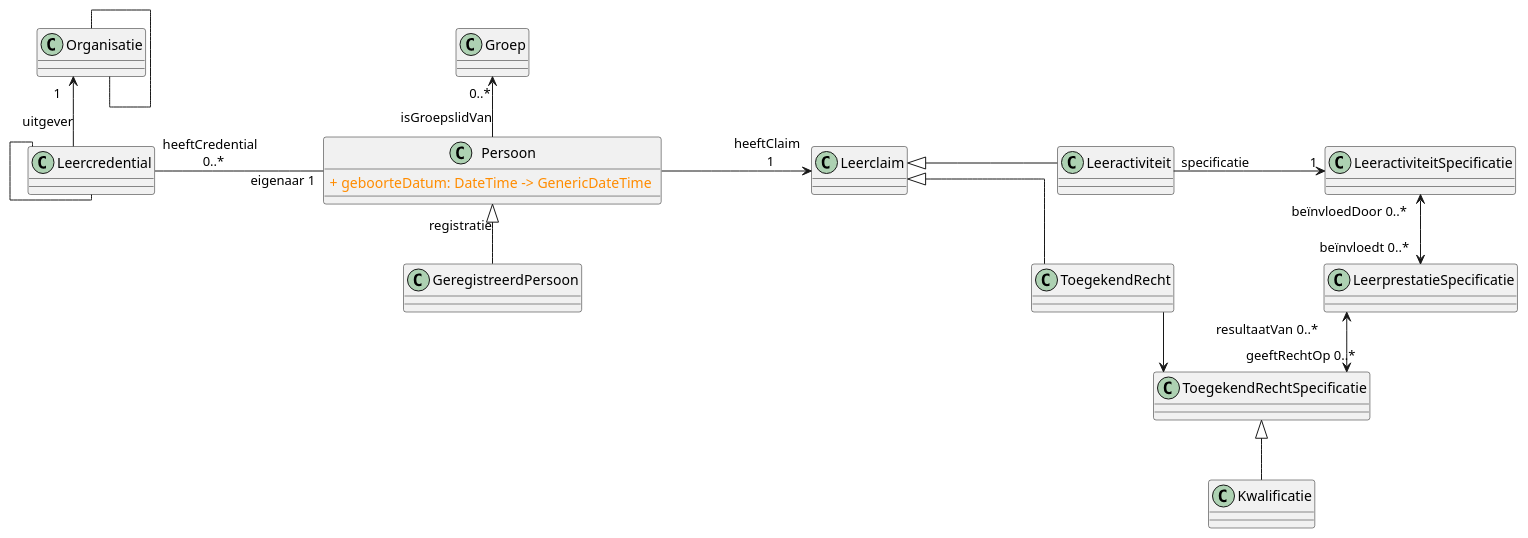
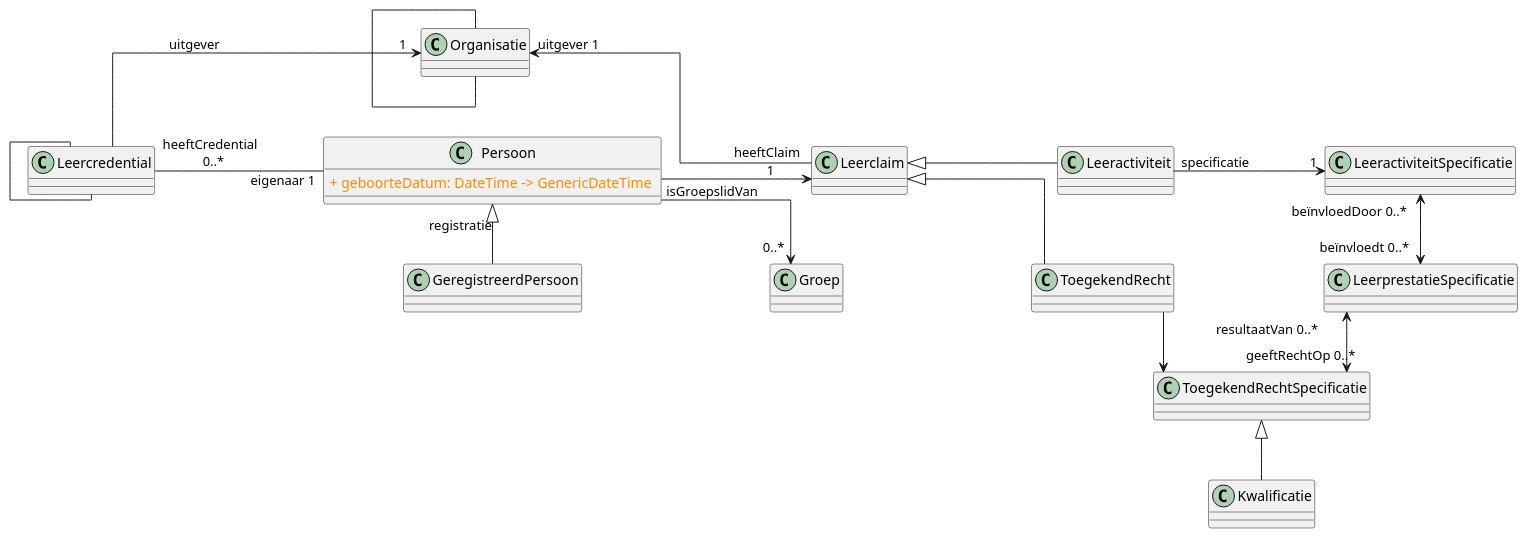
The diagram in resources/plantuml/changed_attributes.puml (Informatievlaanderen/OSLOthema-Leerinschrijfcredential), drawn with PlantUML before and after one commit. The commit also changed 11 other files, not shown here.

Commit message:
feat (general): Update plantuml diagrams

```diff
--- a/resources/plantuml/changed_attributes.puml
+++ b/resources/plantuml/changed_attributes.puml
@@ -2,50 +2,53 @@
 @startuml
 skinparam nodesep 150
 skinparam linetype ortho
 allowmixing
 
 class Persoon {
     <color:DarkOrange>+ geboorteDatum: DateTime -> GenericDateTime </color>
 }
 class Groep
 class Leercredential
 together{
     class Leeractiviteit
     class ToegekendRecht
 }
 class GeregistreerdPersoon
 class Organisatie
 class Leerclaim
 class LeeractiviteitSpecificatie
 class LeerprestatieSpecificatie
 class ToegekendRechtSpecificatie
 class Kwalificatie
 
 
 node a
 hide a
 
+Leerclaim  -[hidden]- Groep
+Organisatie "uitgever 1" <-- Leerclaim
+
 Persoon <|-- GeregistreerdPersoon: " registratie"
 Groep "0..*" <-- Persoon: "isGroepslidVan"
 Leercredential  --  Leercredential
 Leercredential "heeftCredential \n 0..*"-r-"\t\t eigenaar 1" Persoon
 Organisatie "1  " <--  Leercredential: "uitgever"
 Organisatie  --  Organisatie
 
 Persoon -r->"heeftClaim \n 1" Leerclaim
 Leeractiviteit -[hidden]- ToegekendRecht
 Leerclaim <|-r- Leeractiviteit
 Leerclaim <|-r- ToegekendRecht
 
 
 Leeractiviteit -r-> "1" LeeractiviteitSpecificatie: "specificatie"
 LeeractiviteitSpecificatie "beïnvloedDoor 0..*" <--> "beïnvloedt 0..*"LeerprestatieSpecificatie
 LeerprestatieSpecificatie "resultaatVan 0..*" <--> "geeftRechtOp 0..*" ToegekendRechtSpecificatie
 
 ToegekendRecht -r-> ToegekendRechtSpecificatie
 ToegekendRechtSpecificatie <|-- Kwalificatie
 
 
 
 
 @enduml
```
